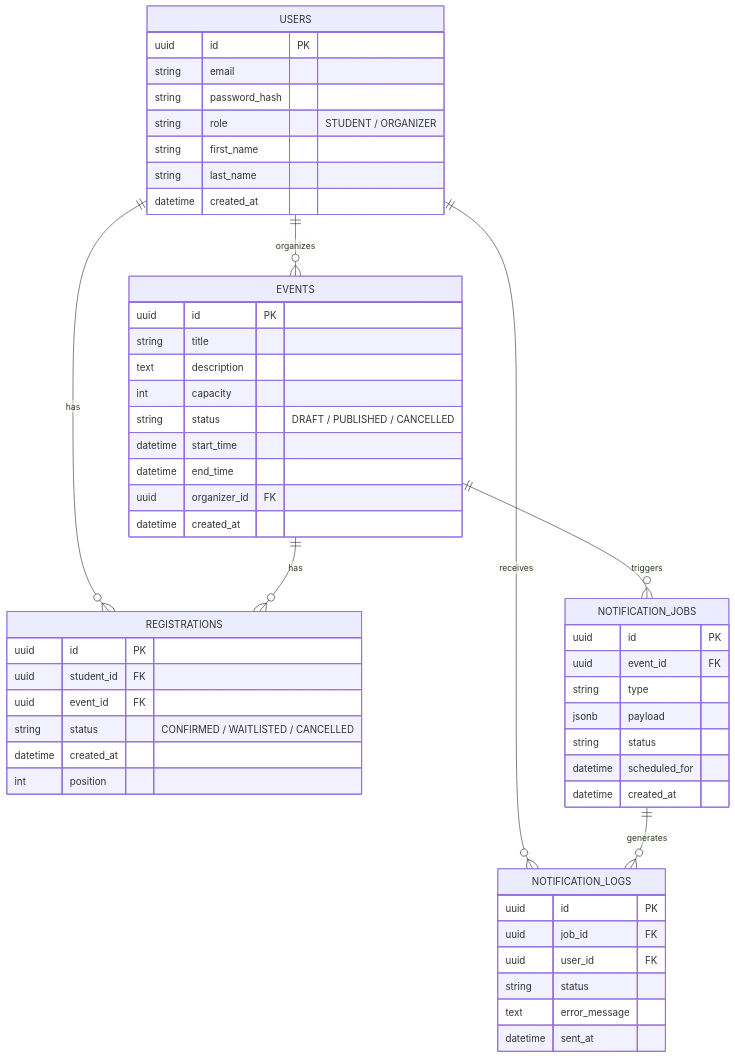
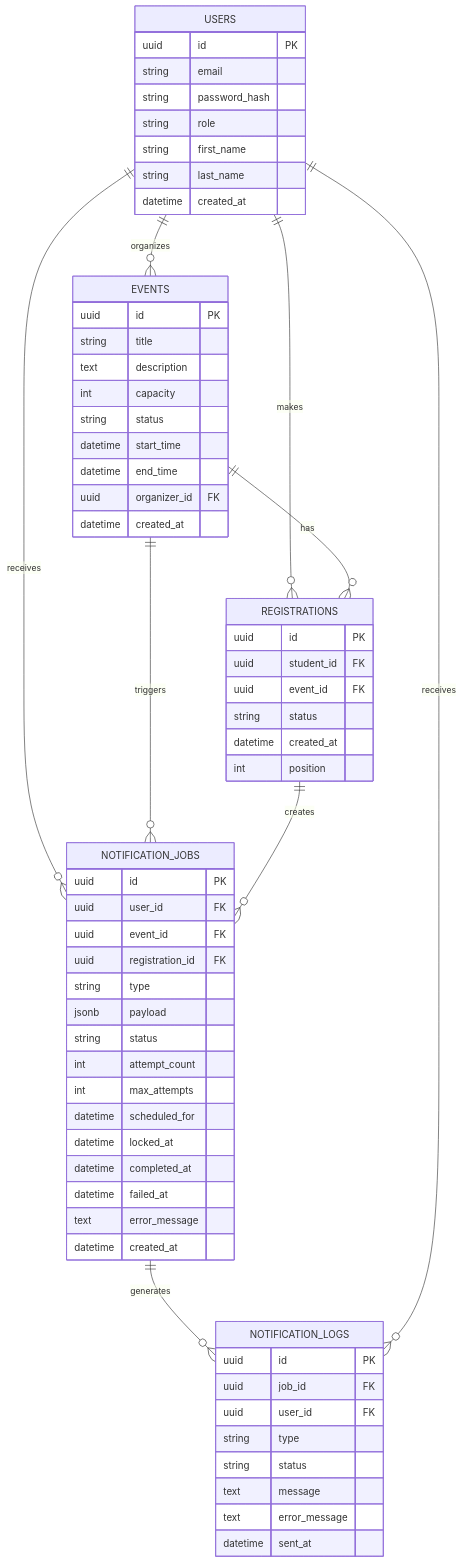
Before and after one commit to EmilD93/Heracle: the diagram in docs/database_design.md, drawn with Mermaid. The commit also changed other lines of this file and 4 other files, not shown here.

Commit message:
feat: implement notification jobs table and worker prototype

````diff
--- a/docs/database_design.md
+++ b/docs/database_design.md
@@ -7,59 +7,71 @@
 ```mermaid
 erDiagram
-    USERS ||--o{ REGISTRATIONS : "has"
+    USERS ||--o{ EVENTS : "organizes"
+    USERS ||--o{ REGISTRATIONS : "makes"
     EVENTS ||--o{ REGISTRATIONS : "has"
+    USERS ||--o{ NOTIFICATION_JOBS : "receives"
+    EVENTS ||--o{ NOTIFICATION_JOBS : "triggers"
+    REGISTRATIONS ||--o{ NOTIFICATION_JOBS : "creates"
+    NOTIFICATION_JOBS ||--o{ NOTIFICATION_LOGS : "generates"
     USERS ||--o{ NOTIFICATION_LOGS : "receives"
-    EVENTS ||--o{ NOTIFICATION_JOBS : "triggers"
-    NOTIFICATION_JOBS ||--o{ NOTIFICATION_LOGS : "generates"
-    USERS ||--o{ EVENTS : "organizes"
 
     USERS {
         uuid id PK
         string email
         string password_hash
-        string role "STUDENT / ORGANIZER"
+        string role
         string first_name
         string last_name
         datetime created_at
     }
 
     EVENTS {
         uuid id PK
         string title
         text description
         int capacity
-        string status "DRAFT / PUBLISHED / CANCELLED"
+        string status
         datetime start_time
         datetime end_time
         uuid organizer_id FK
         datetime created_at
     }
 
     REGISTRATIONS {
         uuid id PK
         uuid student_id FK
         uuid event_id FK
-        string status "CONFIRMED / WAITLISTED / CANCELLED"
+        string status
         datetime created_at
         int position
     }
 
     NOTIFICATION_JOBS {
         uuid id PK
+        uuid user_id FK
         uuid event_id FK
+        uuid registration_id FK
         string type
         jsonb payload
         string status
+        int attempt_count
+        int max_attempts
         datetime scheduled_for
+        datetime locked_at
+        datetime completed_at
+        datetime failed_at
+        text error_message
         datetime created_at
     }
 
     NOTIFICATION_LOGS {
         uuid id PK
         uuid job_id FK
         uuid user_id FK
+        string type
         string status
+        text message
         text error_message
         datetime sent_at
     }
 ```
````
